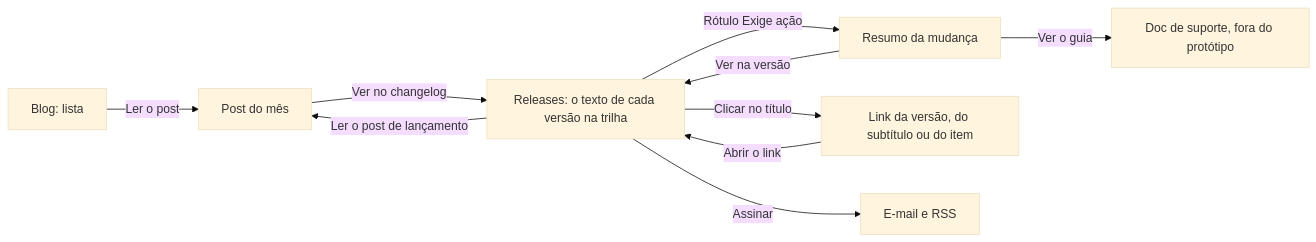
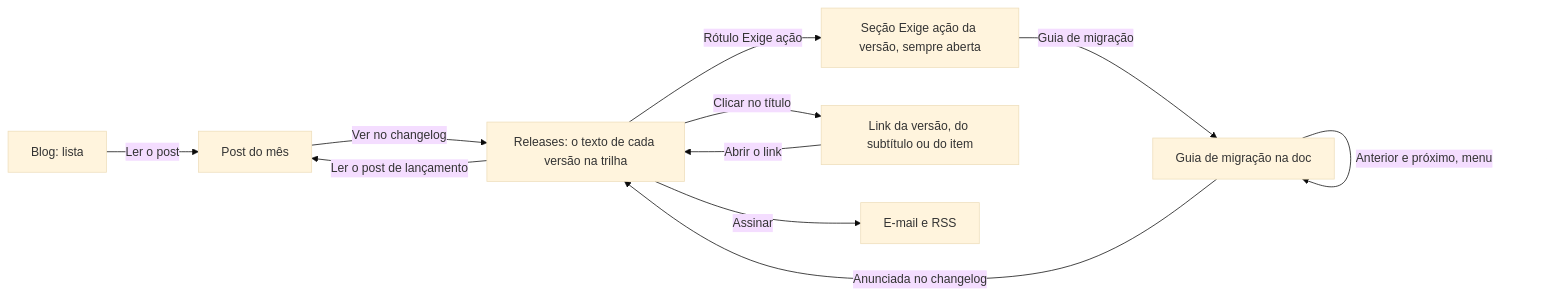
The diagram in app/pages/releases-no-docs/DECISOES.md (pernalombr4/prototipos), drawn with Mermaid (base theme) before and after one commit. The commit also changed other lines of this file and 7 other files, not shown here.

Commit message:
[PROTO] releases-no-docs — rodada 7 — Exige ação sempre aberta no texto, sem popover, e guia de migração na doc com os componentes do Nuxt (aviso, passos, código, Nesta página)

````diff
--- a/app/pages/releases-no-docs/DECISOES.md
+++ b/app/pages/releases-no-docs/DECISOES.md
@@ -24,12 +26,13 @@
 ```mermaid
 flowchart LR
   B[Blog: lista] -->|Ler o post| P[Post do mês]
   P -->|Ver no changelog| C[Releases: o texto de cada versão na trilha]
   C -->|Ler o post de lançamento| P
-  C -->|Rótulo Exige ação| R[Resumo da mudança]
-  R -->|Ver na versão| C
-  R -->|Ver o guia| G[Doc de suporte, fora do protótipo]
+  C -->|Rótulo Exige ação| R[Seção Exige ação da versão, sempre aberta]
+  R -->|Guia de migração| G[Guia de migração na doc]
+  G -->|Anunciada no changelog| C
+  G -->|Anterior e próximo, menu| G
   C -->|Clicar no título| L[Link da versão, do subtítulo ou do item]
   L -->|Abrir o link| C
   C -->|Assinar| A[E-mail e RSS]
 ```
````
